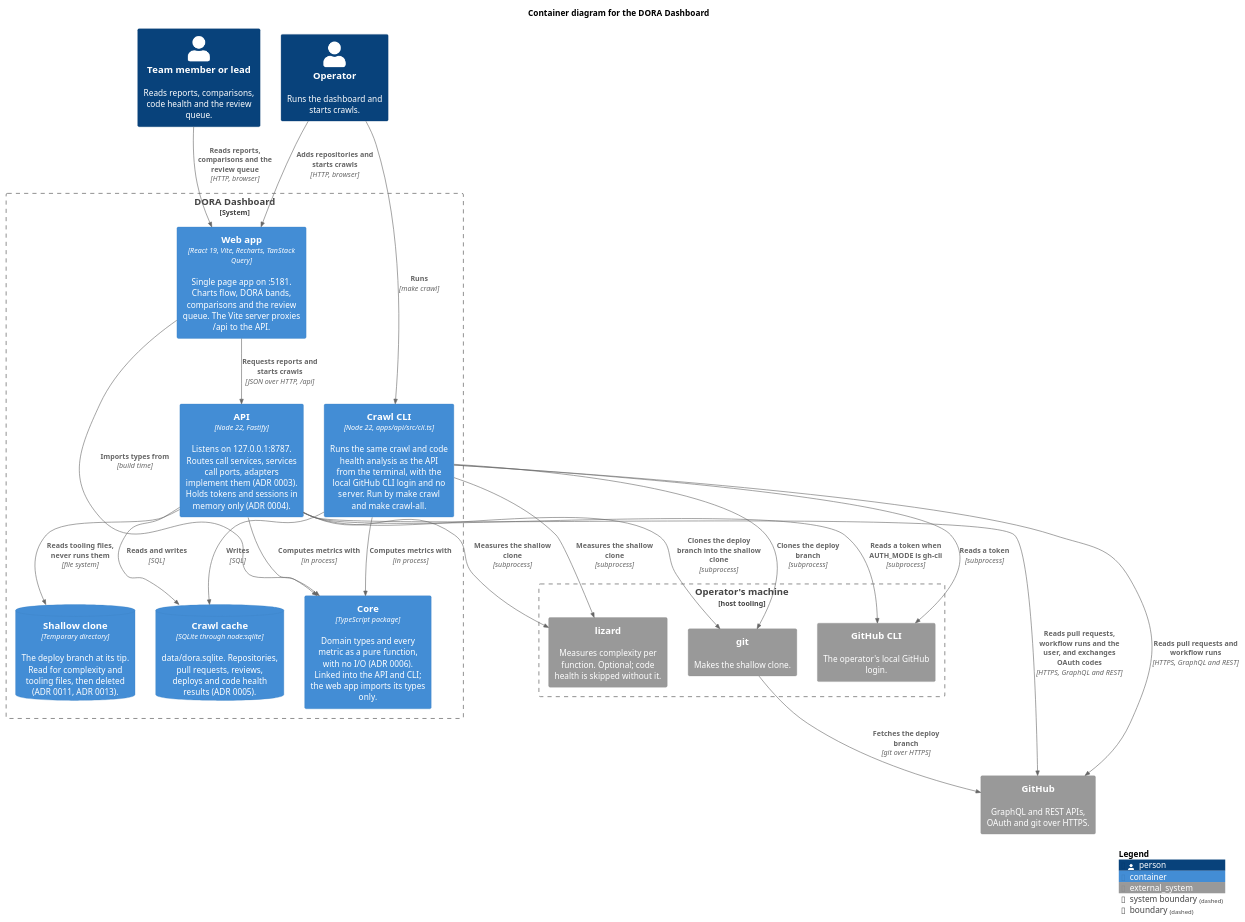
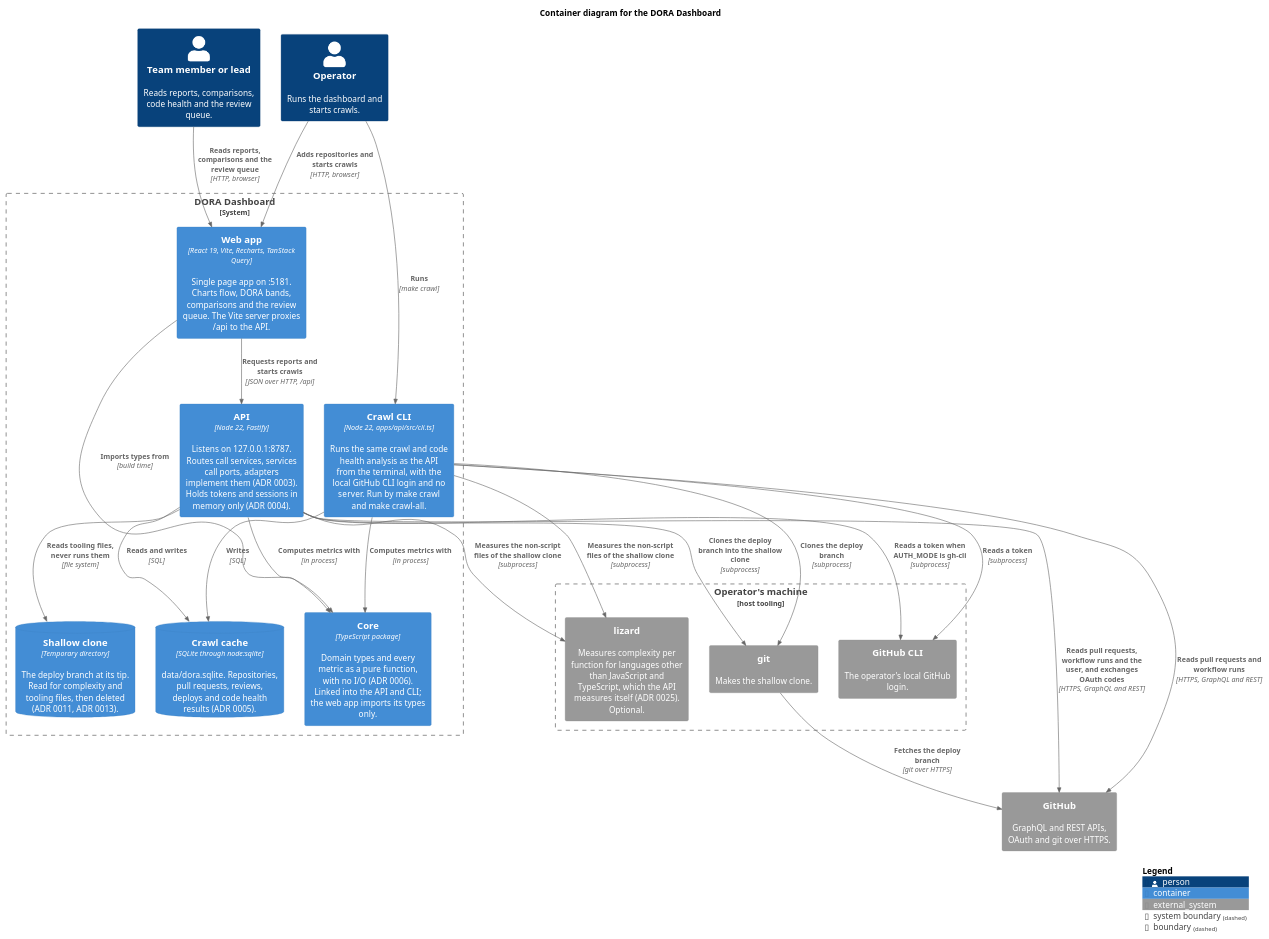
One commit to vfarah-if/dora-dashboard changed the diagram in docs/diagrams/c4-container.puml. Above: the diagram before and after it, drawn with PlantUML. The commit also changed 30 other files, not shown here.

```diff
--- a/docs/diagrams/c4-container.puml
+++ b/docs/diagrams/c4-container.puml
@@ -1,61 +1,61 @@
 @startuml c4-container
 ' C4 level 2: the deployable parts of the DORA Dashboard and how they talk.
 ' Uses the C4-PlantUML library bundled with PlantUML, so it renders offline.
 !include <C4/C4_Container>
 
 LAYOUT_TOP_DOWN()
 LAYOUT_WITH_LEGEND()
 
 title Container diagram for the DORA Dashboard
 
 Person(reader, "Team member or lead", "Reads reports, comparisons, code health and the review queue.")
 Person(operator, "Operator", "Runs the dashboard and starts crawls.")
 
 System_Boundary(dashboard, "DORA Dashboard") {
   Container(web, "Web app", "React 19, Vite, Recharts, TanStack Query", "Single page app on :5181. Charts flow, DORA bands, comparisons and the review queue. The Vite server proxies /api to the API.")
   Container(api, "API", "Node 22, Fastify", "Listens on 127.0.0.1:8787. Routes call services, services call ports, adapters implement them (ADR 0003). Holds tokens and sessions in memory only (ADR 0004).")
   Container(cli, "Crawl CLI", "Node 22, apps/api/src/cli.ts", "Runs the same crawl and code health analysis as the API from the terminal, with the local GitHub CLI login and no server. Run by make crawl and make crawl-all.")
   Container(core, "Core", "TypeScript package", "Domain types and every metric as a pure function, with no I/O (ADR 0006). Linked into the API and CLI; the web app imports its types only.")
   ContainerDb(db, "Crawl cache", "SQLite through node:sqlite", "data/dora.sqlite. Repositories, pull requests, reviews, deploys and code health results (ADR 0005).")
   ContainerDb(clone, "Shallow clone", "Temporary directory", "The deploy branch at its tip. Read for complexity and tooling files, then deleted (ADR 0011, ADR 0013).")
 }
 
 System_Ext(github, "GitHub", "GraphQL and REST APIs, OAuth and git over HTTPS.")
 
 Boundary(host, "Operator's machine", "host tooling") {
   System_Ext(ghcli, "GitHub CLI", "The operator's local GitHub login.")
   System_Ext(git, "git", "Makes the shallow clone.")
-  System_Ext(lizard, "lizard", "Measures complexity per function. Optional; code health is skipped without it.")
+  System_Ext(lizard, "lizard", "Measures complexity per function for languages other than JavaScript and TypeScript, which the API measures itself (ADR 0025). Optional.")
 }
 
 Lay_R(reader, operator)
 Lay_R(web, cli)
 Lay_R(db, clone)
 Lay_R(ghcli, git)
 Lay_R(git, lizard)
 
 Rel(reader, web, "Reads reports, comparisons and the review queue", "HTTP, browser")
 Rel(operator, web, "Adds repositories and starts crawls", "HTTP, browser")
 Rel(operator, cli, "Runs", "make crawl")
 
 Rel(web, api, "Requests reports and starts crawls", "JSON over HTTP, /api")
 Rel(web, core, "Imports types from", "build time")
 
 Rel(api, core, "Computes metrics with", "in process")
 Rel(cli, core, "Computes metrics with", "in process")
 Rel(api, db, "Reads and writes", "SQL")
 Rel(cli, db, "Writes", "SQL")
 Rel(api, clone, "Reads tooling files, never runs them", "file system")
 
 Rel(api, github, "Reads pull requests, workflow runs and the user, and exchanges OAuth codes", "HTTPS, GraphQL and REST")
 Rel(cli, github, "Reads pull requests and workflow runs", "HTTPS, GraphQL and REST")
 Rel(api, ghcli, "Reads a token when AUTH_MODE is gh-cli", "subprocess")
 Rel(cli, ghcli, "Reads a token", "subprocess")
 Rel(api, git, "Clones the deploy branch into the shallow clone", "subprocess")
 Rel(cli, git, "Clones the deploy branch", "subprocess")
-Rel(api, lizard, "Measures the shallow clone", "subprocess")
-Rel(cli, lizard, "Measures the shallow clone", "subprocess")
+Rel(api, lizard, "Measures the non-script files of the shallow clone", "subprocess")
+Rel(cli, lizard, "Measures the non-script files of the shallow clone", "subprocess")
 Rel(git, github, "Fetches the deploy branch", "git over HTTPS")
 
 SHOW_LEGEND()
 @enduml
```
